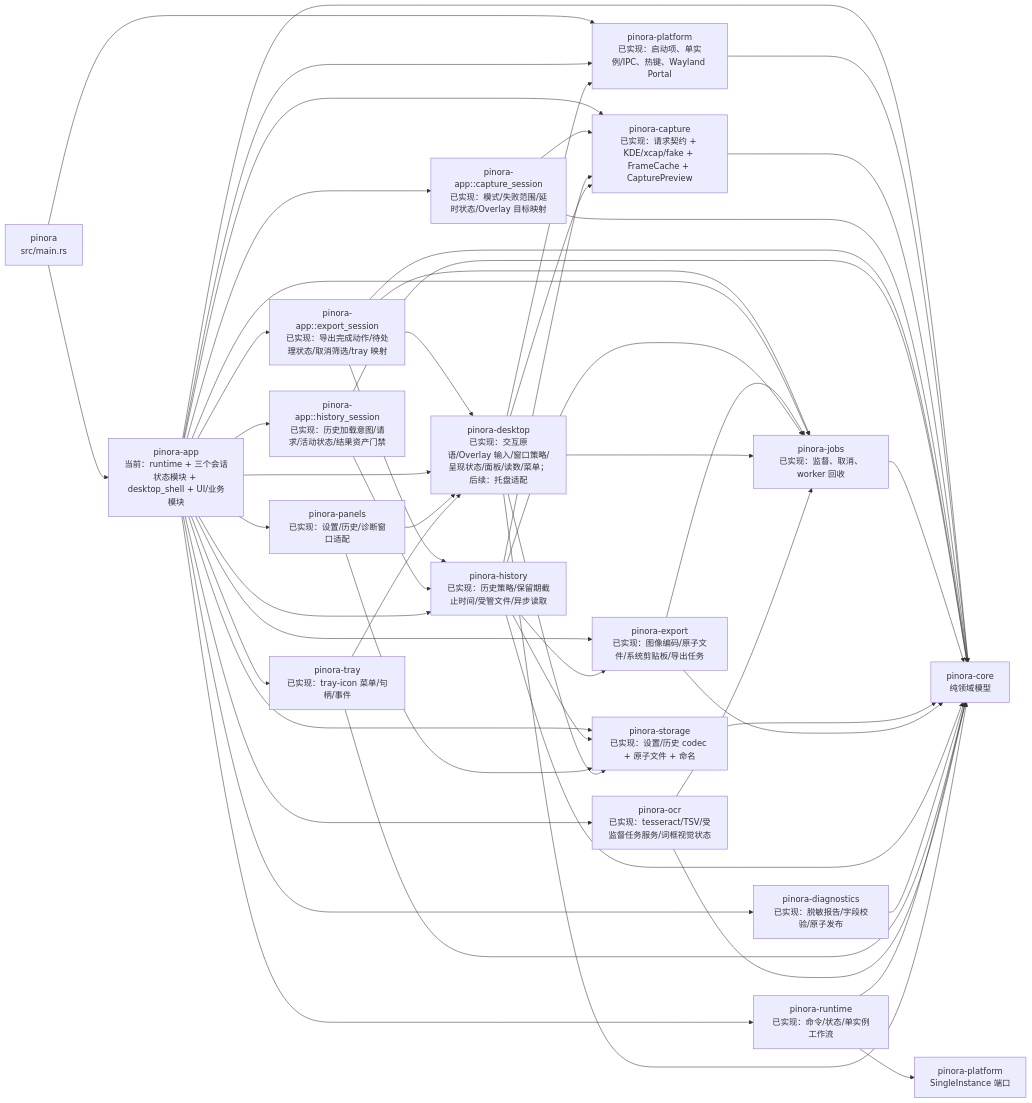
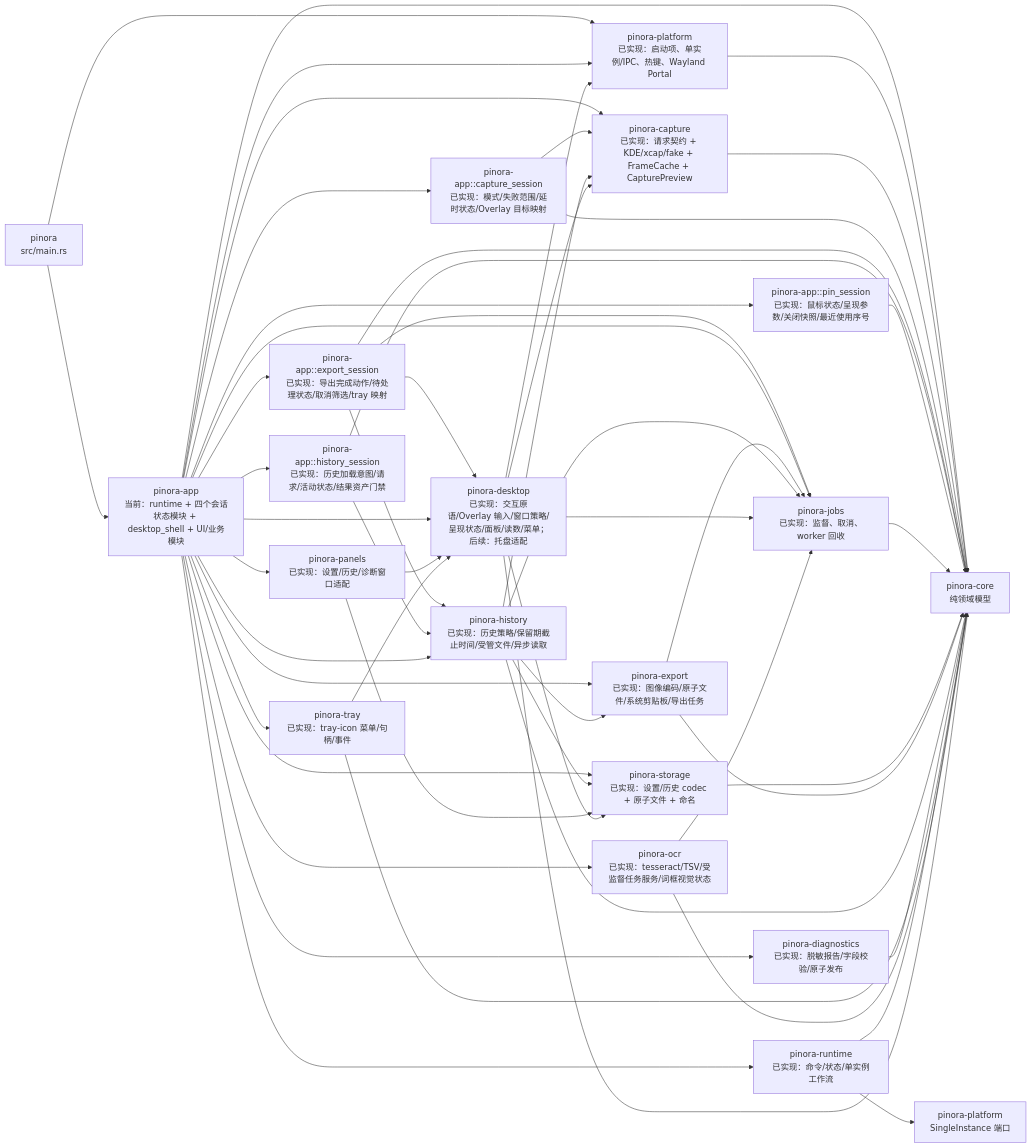
The third of 28 diagrams in docs/Pinora-开发设计文档.md (yhyzgn/pinora), drawn with Mermaid before and after one commit. The commit also changed other lines of this file and 9 other files, not shown here.

First line of the commit message:
refactor(app): isolate pin session state

````diff
--- a/docs/Pinora-开发设计文档.md
+++ b/docs/Pinora-开发设计文档.md
@@ -236,55 +236,57 @@
 ```mermaid
 flowchart LR
-    Main["pinora\nsrc/main.rs"] --> App["pinora-app\n当前：runtime + 三个会话状态模块 + desktop_shell + UI/业务模块"]
+    Main["pinora\nsrc/main.rs"] --> App["pinora-app\n当前：runtime + 四个会话状态模块 + desktop_shell + UI/业务模块"]
     Main --> Platform["pinora-platform\n已实现：启动项、单实例/IPC、热键、Wayland Portal"]
     App --> Platform
     App --> Core["pinora-core\n纯领域模型"]
     Platform --> Core
 
     App --> CaptureNow["pinora-capture\n已实现：请求契约 + KDE/xcap/fake + FrameCache + CapturePreview"]
     CaptureNow --> Core
     App --> CaptureSession["pinora-app::capture_session\n已实现：模式/失败范围/延时状态/Overlay 目标映射"]
     CaptureSession --> CaptureNow
     CaptureSession --> Core
     App --> ExportSession["pinora-app::export_session\n已实现：导出完成动作/待处理状态/取消筛选/tray 映射"]
     ExportSession --> Core
     ExportSession --> HistoryNow
     ExportSession --> Desktop
     ExportSession --> JobsNow
     App --> HistorySession["pinora-app::history_session\n已实现：历史加载意图/请求/活动状态/结果资产门禁"]
     HistorySession --> Core
     HistorySession --> HistoryNow
+    App --> PinSession["pinora-app::pin_session\n已实现：鼠标状态/呈现参数/关闭快照/最近使用序号"]
+    PinSession --> Core
     App --> JobsNow["pinora-jobs\n已实现：监督、取消、worker 回收"]
     JobsNow --> Core
     App --> StorageNow["pinora-storage\n已实现：设置/历史 codec + 原子文件 + 命名"]
     StorageNow --> Core
     App --> Desktop["pinora-desktop\n已实现：交互原语/Overlay 输入/窗口策略/呈现状态/面板/读数/菜单；后续：托盘适配"]
     App --> ExportNow["pinora-export\n已实现：图像编码/原子文件/系统剪贴板/导出任务"]
     ExportNow --> Core
     ExportNow --> JobsNow
     App --> HistoryNow["pinora-history\n已实现：历史策略/保留期截止时间/受管文件/异步读取"]
     HistoryNow --> Core
     HistoryNow --> StorageNow
     HistoryNow --> CaptureNow
     HistoryNow --> JobsNow
     HistoryNow --> ExportNow
     App --> DiagnosticsNow["pinora-diagnostics\n已实现：脱敏报告/字段校验/原子发布"]
     DiagnosticsNow --> Core
     App --> PanelsNow["pinora-panels\n已实现：设置/历史/诊断窗口适配"]
     PanelsNow --> Desktop
     PanelsNow --> StorageNow
     App --> TrayNow["pinora-tray\n已实现：tray-icon 菜单/句柄/事件"]
     TrayNow --> Core
     TrayNow --> Desktop
     App --> RuntimeNow["pinora-runtime\n已实现：命令/状态/单实例工作流"]
     RuntimeNow --> Core
     RuntimeNow --> PlatformNow["pinora-platform\nSingleInstance 端口"]
     App --> Ocr["pinora-ocr\n已实现：tesseract/TSV/受监督任务服务/词框视觉状态"]
     Ocr --> Core
     Desktop --> Core
     Desktop --> Platform
     Desktop --> CaptureNow
     Desktop --> JobsNow
     Desktop --> StorageNow
     Ocr --> JobsNow
 ```
````
